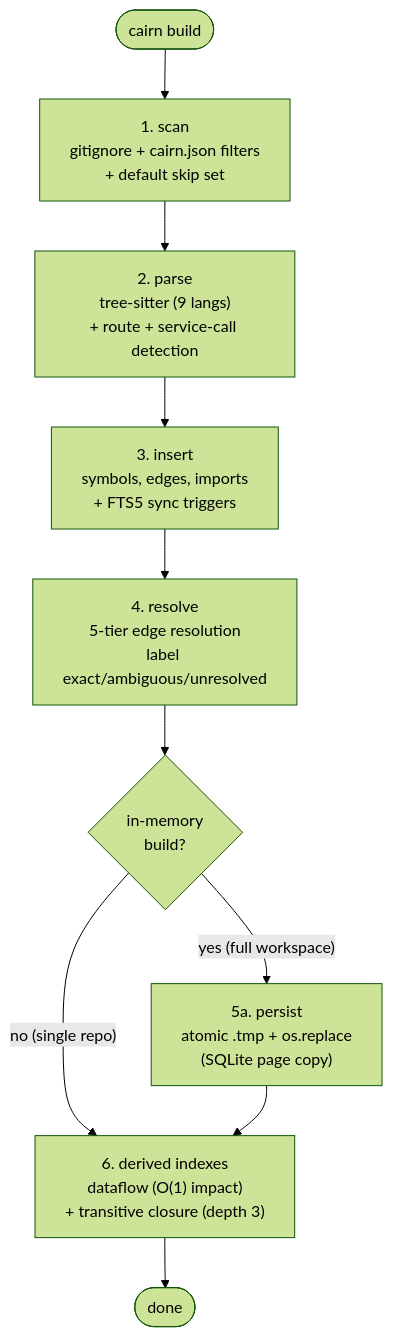
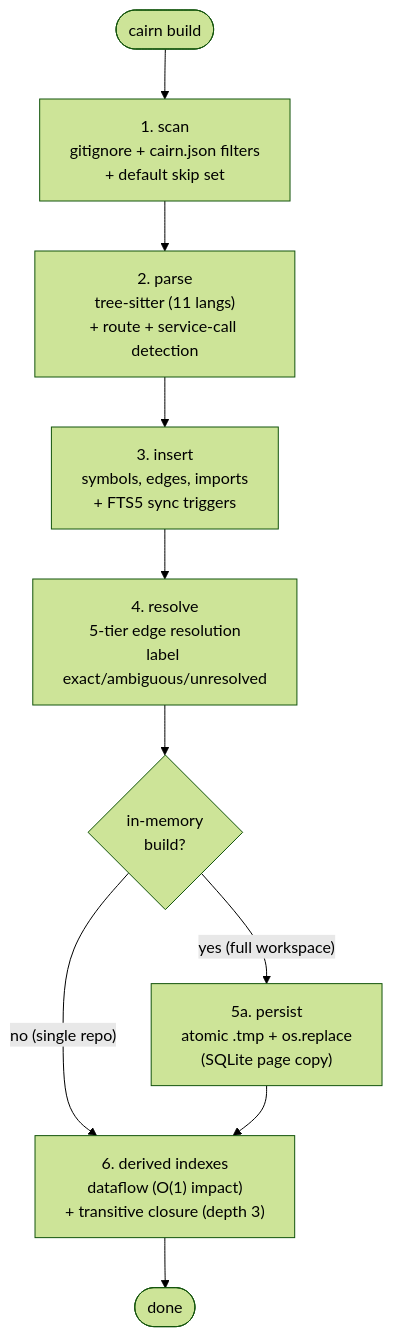
Before and after one commit to tanlnm512/cairn: the fourth of 11 diagrams in docs/architecture-overview.md, drawn with Mermaid (forest theme). The commit also changed other lines of this file and 7 other files, not shown here.

````diff
--- a/docs/architecture-overview.md
+++ b/docs/architecture-overview.md
@@ -148,12 +148,12 @@
 ```mermaid
 flowchart TB
     START([cairn build]) --> SCAN["1. scan<br/>gitignore + cairn.json filters<br/>+ default skip set"]
-    SCAN --> PARSE["2. parse<br/>tree-sitter (9 langs)<br/>+ route + service-call detection"]
+    SCAN --> PARSE["2. parse<br/>tree-sitter (11 langs)<br/>+ route + service-call detection"]
     PARSE --> INSERT["3. insert<br/>symbols, edges, imports<br/>+ FTS5 sync triggers"]
     INSERT --> RESOLVE["4. resolve<br/>5-tier edge resolution<br/>label exact/ambiguous/unresolved"]
     RESOLVE --> PERSIST{in-memory<br/>build?}
     PERSIST -- "yes (full workspace)" --> SWAP["5a. persist<br/>atomic .tmp + os.replace<br/>(SQLite page copy)"]
     PERSIST -- "no (single repo)" --> DERIVED
     SWAP --> DERIVED["6. derived indexes<br/>dataflow (O(1) impact)<br/>+ transitive closure (depth 3)"]
     DERIVED --> DONE([done])
 ```
````
